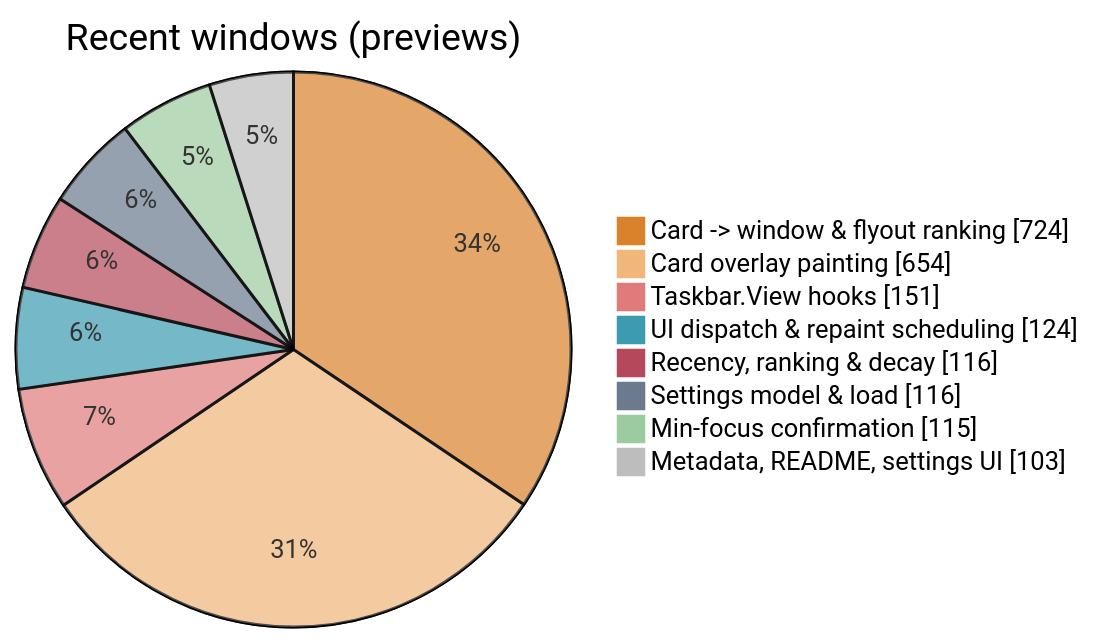
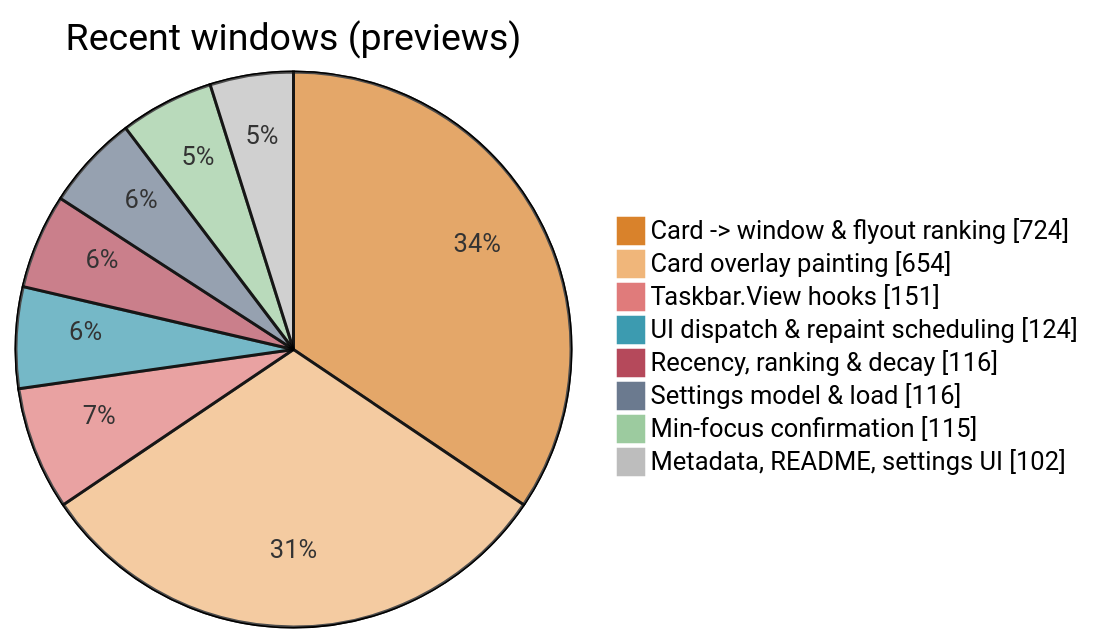
Before and after one commit to jvlasek/taskbar-recent-focus-highlight: the fifth of 5 diagrams in doc/code/code-breakdown.md, drawn with Mermaid. The commit also changed other lines of this file and 41 other files, not shown here.

````diff
--- a/doc/code/code-breakdown.md
+++ b/doc/code/code-breakdown.md
@@ -153,12 +153,12 @@
 ```mermaid
 %%{init: {"themeVariables": {"pie1": "#D9822B", "pie2": "#F0B67A", "pie3": "#E07B7B", "pie4": "#3C9BB0", "pie5": "#B5495B", "pie6": "#6B7A8F", "pie7": "#9CCB9F", "pie8": "#BDBDBD", "pieOuterStrokeWidth": "1px"}}}%%
 pie showData title Recent windows (previews)
     "Card -> window & flyout ranking" : 724
     "Card overlay painting" : 654
     "Taskbar.View hooks" : 151
     "UI dispatch & repaint scheduling" : 124
     "Recency, ranking & decay" : 116
     "Settings model & load" : 116
     "Min-focus confirmation" : 115
-    "Metadata, README, settings UI" : 103
+    "Metadata, README, settings UI" : 102
 ```
````
